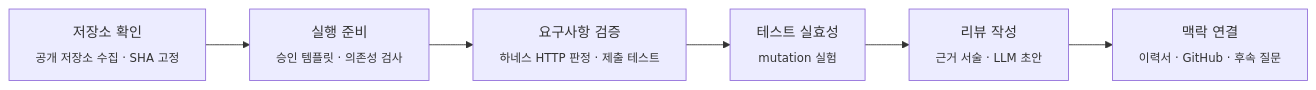
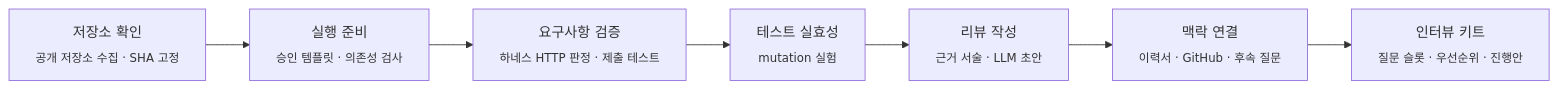
Before and after one commit to wanted-hack-inchyangv/ohmyti: the first of 2 diagrams in README.md, drawn with Mermaid. The commit also changed other lines of this file and 74 other files, not shown here.

````diff
--- a/README.md
+++ b/README.md
@@ -83,8 +91,9 @@
 ```mermaid
 flowchart LR
     A["저장소 확인<br/><sub>공개 저장소 수집 · SHA 고정</sub>"] --> B["실행 준비<br/><sub>승인 템플릿 · 의존성 검사</sub>"]
     B --> C["요구사항 검증<br/><sub>하네스 HTTP 판정 · 제출 테스트</sub>"]
     C --> D["테스트 실효성<br/><sub>mutation 실험</sub>"]
     D --> E["리뷰 작성<br/><sub>근거 서술 · LLM 초안</sub>"]
     E --> F["맥락 연결<br/><sub>이력서 · GitHub · 후속 질문</sub>"]
+    F --> G["인터뷰 키트<br/><sub>질문 슬롯 · 우선순위 · 진행안</sub>"]
 ```
````
